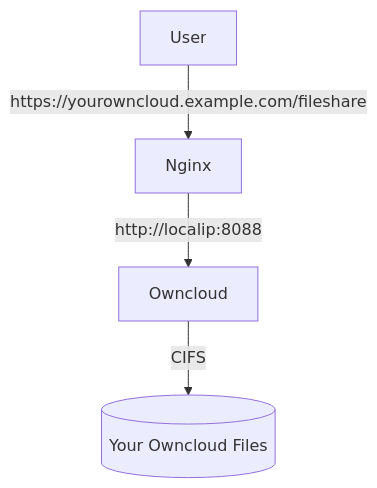
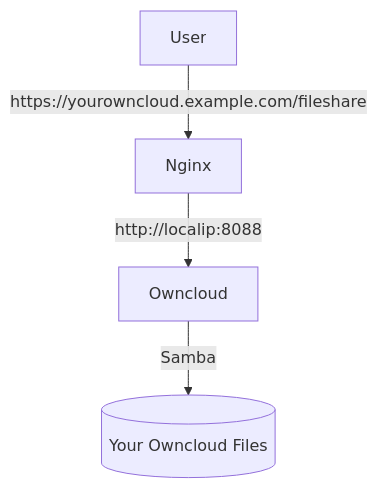
One commit to urdaalex/rpi-owncloud changed the diagram in README.md. Above: the diagram before and after it, drawn with Mermaid.

````diff
--- a/README.md
+++ b/README.md
@@ -6,6 +6,6 @@
 ```mermaid
 graph TD
     a[User] --> |https://yourowncloud.example.com/fileshare|b[Nginx];
     b --> |http://localip:8088| c[Owncloud];
-    c --> |CIFS| d[(Your Owncloud Files)]
+    c --> |Samba| d[(Your Owncloud Files)]
 ```
````
